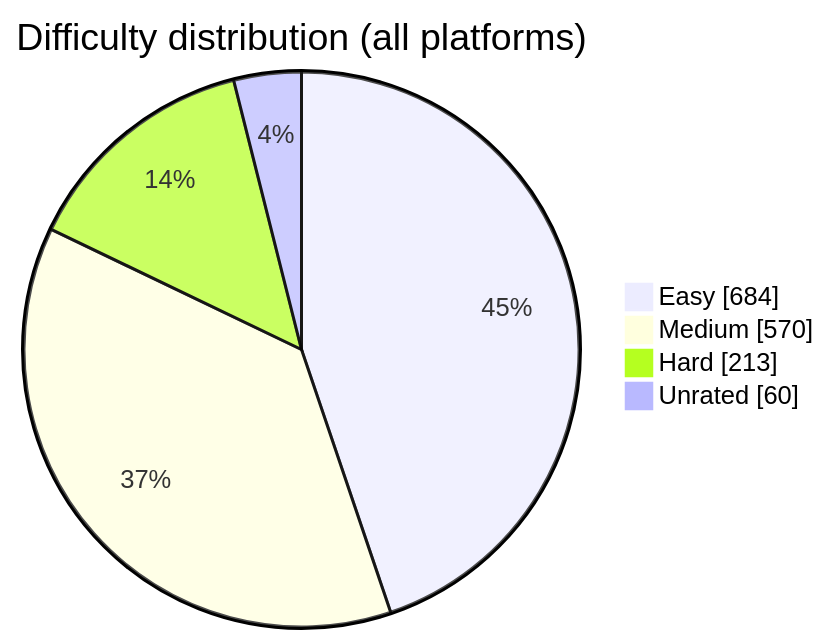
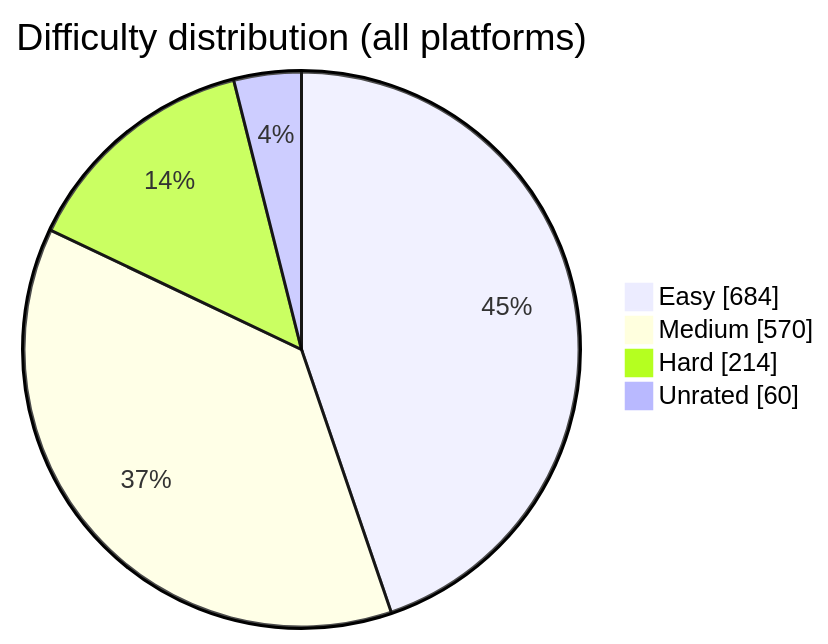
The diagram in README.md (BuildbyArindam/Daily-Coding-Log), drawn with Mermaid before and after one commit. The commit also changed other lines of this file, not shown here.

````diff
--- a/README.md
+++ b/README.md
@@ -93,7 +93,7 @@
 ```mermaid
 pie showData title Difficulty distribution (all platforms)
     "Easy" : 684
     "Medium" : 570
-    "Hard" : 213
+    "Hard" : 214
     "Unrated" : 60
 ```
````
